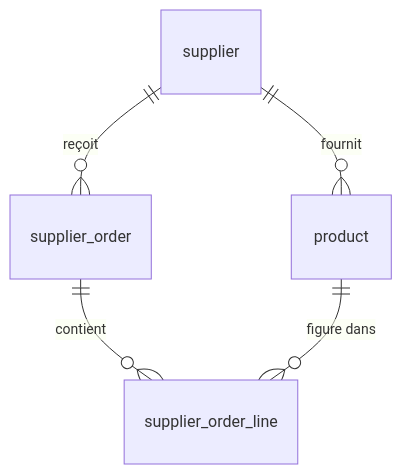
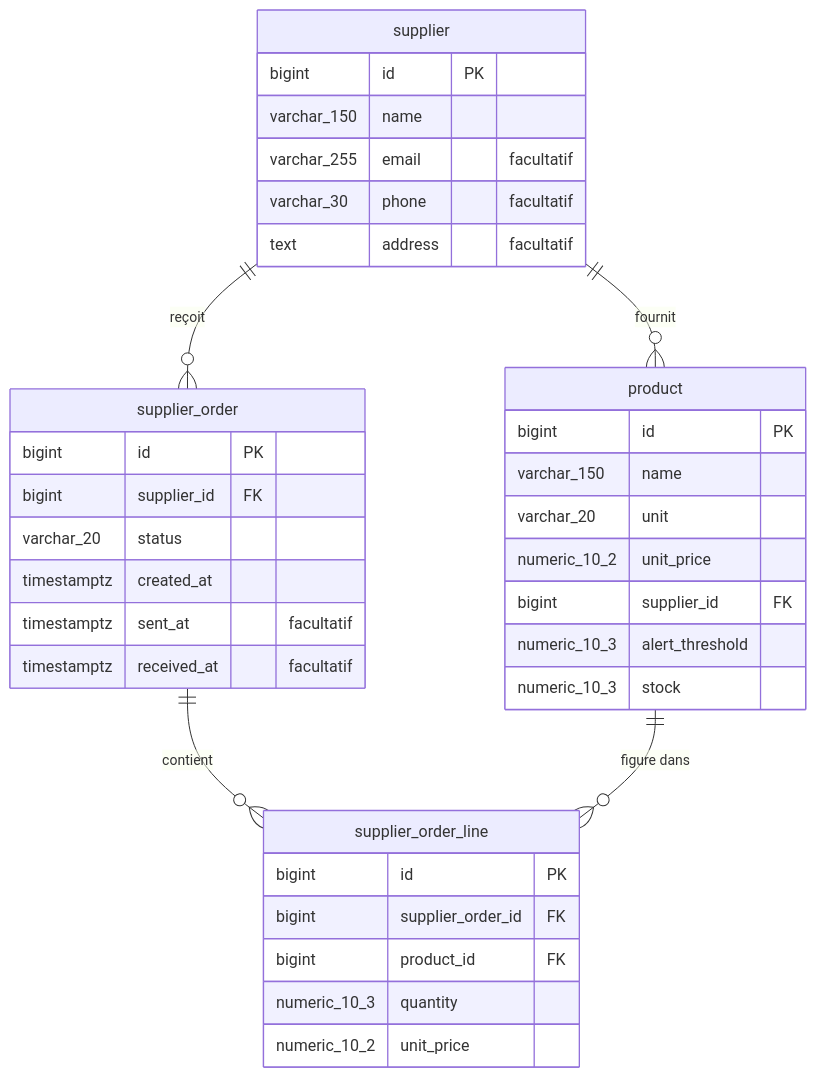
The diagram in docs/docs/architecture/modele-de-donnees.md (GaryJnS94/restoforge), drawn with Mermaid before and after one commit. The commit also changed other lines of this file and 11 other files, not shown here.

Commit message:
[RES-23] feat(api): entités JPA Product et Supplier

````diff
--- a/docs/docs/architecture/modele-de-donnees.md
+++ b/docs/docs/architecture/modele-de-donnees.md
@@ -18,7 +18,42 @@
 ```mermaid
 erDiagram
+    supplier {
+        bigint id PK
+        varchar_150 name
+        varchar_255 email "facultatif"
+        varchar_30 phone "facultatif"
+        text address "facultatif"
+    }
+
+    product {
+        bigint id PK
+        varchar_150 name
+        varchar_20 unit
+        numeric_10_2 unit_price
+        bigint supplier_id FK
+        numeric_10_3 alert_threshold
+        numeric_10_3 stock
+    }
+
+    supplier_order {
+        bigint id PK
+        bigint supplier_id FK
+        varchar_20 status
+        timestamptz created_at
+        timestamptz sent_at "facultatif"
+        timestamptz received_at "facultatif"
+    }
+
+    supplier_order_line {
+        bigint id PK
+        bigint supplier_order_id FK
+        bigint product_id FK
+        numeric_10_3 quantity
+        numeric_10_2 unit_price
+    }
+
     supplier ||--o{ product : "fournit"
     supplier ||--o{ supplier_order : "reçoit"
     supplier_order ||--o{ supplier_order_line : "contient"
     product ||--o{ supplier_order_line : "figure dans"
 ```
````
